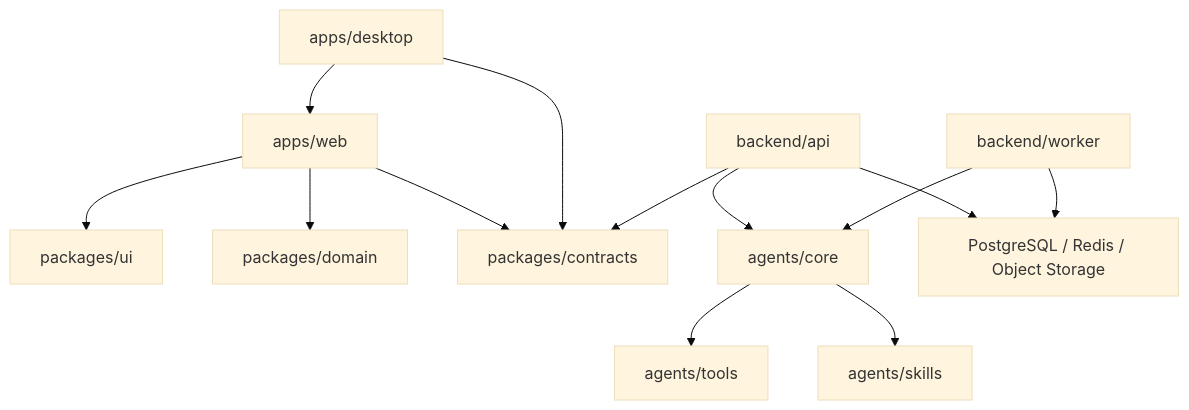
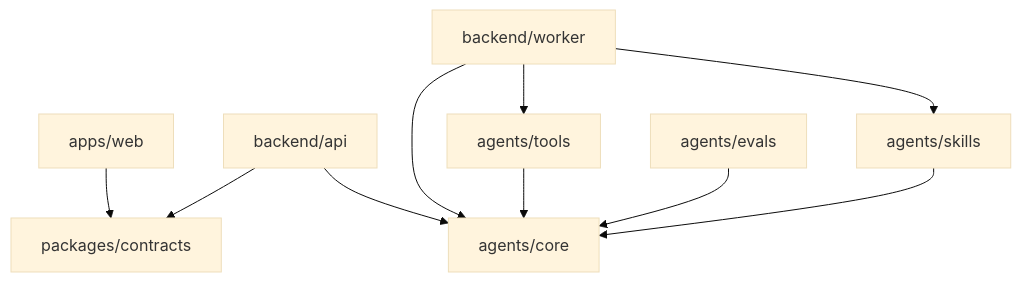
Before and after one commit to IvanCodesDev/OpenMathModel: the second of 3 diagrams in PROJECT_STRUCTURE.md, drawn with Mermaid (base theme). The commit also changed other lines of this file and 133 other files, not shown here.

````diff
--- a/PROJECT_STRUCTURE.md
+++ b/PROJECT_STRUCTURE.md
@@ -63,15 +76,12 @@
 ```mermaid
 flowchart TB
-    WEB["apps/web"] --> UI["packages/ui"]
-    WEB --> DOMAIN["packages/domain"]
-    DESKTOP["apps/desktop"] --> WEB
-    WEB --> CONTRACTS["packages/contracts"]
-    DESKTOP --> CONTRACTS
+    WEB["apps/web"] --> CONTRACTS["packages/contracts"]
     API["backend/api"] --> CONTRACTS
-    API --> AGENT["agents/core"]
-    WORKER["backend/worker"] --> AGENT
-    AGENT --> TOOLS["agents/tools"]
-    AGENT --> SKILLS["agents/skills"]
-    API --> DB["PostgreSQL / Redis / Object Storage"]
-    WORKER --> DB
+    API --> CORE["agents/core"]
+    WORKER["backend/worker"] --> CORE
+    WORKER --> TOOLS["agents/tools"]
+    WORKER --> SKILLS["agents/skills"]
+    TOOLS --> CORE
+    SKILLS --> CORE
+    EVALS["agents/evals"] --> CORE
 ```
````
